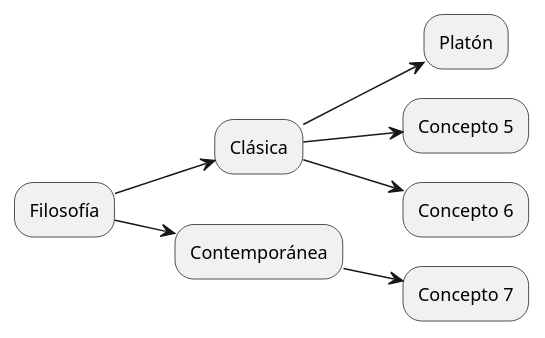
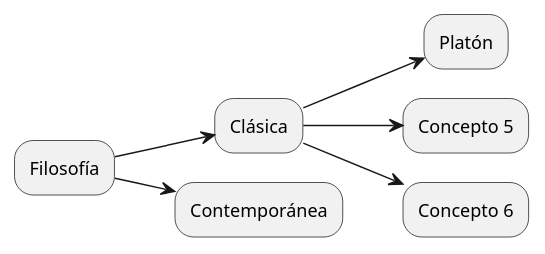
One commit to davidbp10/iw2023-2024-MovilUCA changed the diagram in docs/diagrams/test.puml. Above: the diagram before and after it, drawn with PlantUML.

```diff
--- a/docs/diagrams/test.puml
+++ b/docs/diagrams/test.puml
@@ -1,11 +1,11 @@
 @startuml test
 
 left to right direction
 
 "Filosofía" --> "Clásica"
 "Filosofía" --> "Contemporánea"
 "Clásica" --> Platón
 "Clásica" --> Concepto 5
 "Clásica" --> Concepto 6
-"Contemporánea" --> Concepto 7
+
 @enduml
```
